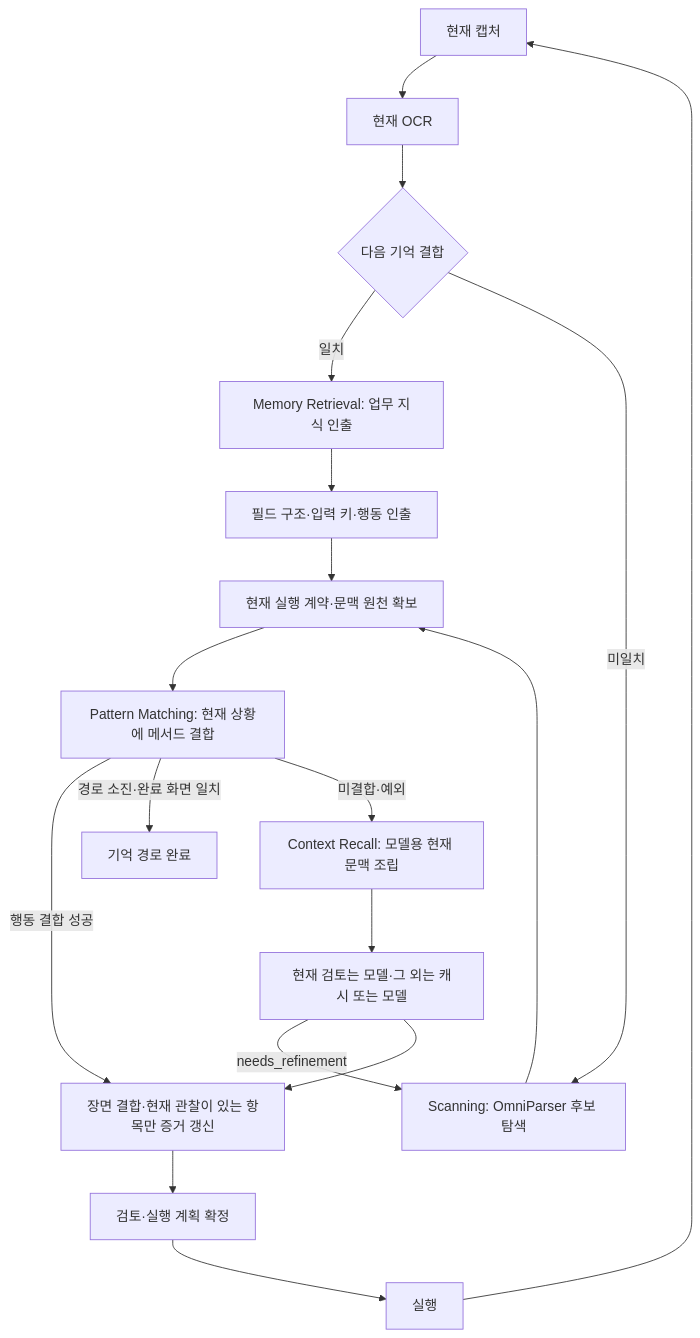
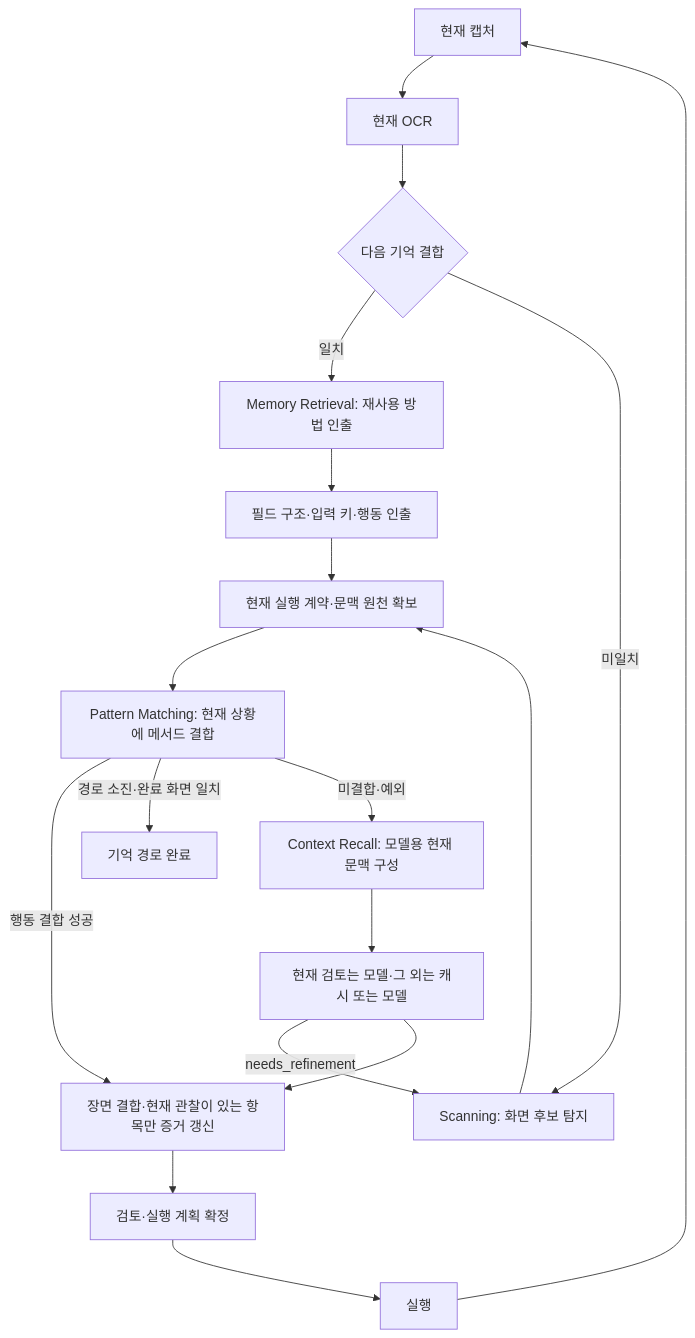
One commit to Dreamtreeme/agent-sawon changed the diagram in docs/runtime-terminology.md. Above: the diagram before and after it, drawn with Mermaid. The commit also changed other lines of this file and 45 other files, not shown here.

````diff
--- a/docs/runtime-terminology.md
+++ b/docs/runtime-terminology.md
@@ -27,21 +63,21 @@
 ```mermaid
 flowchart TD
     CAP[현재 캡처] --> TEXT[현재 OCR]
     TEXT --> SIM{다음 기억 결합}
-    SIM -->|일치| MEM[Memory Retrieval: 업무 지식 인출]
-    SIM -->|미일치| SCAN[Scanning: OmniParser 후보 탐색]
+    SIM -->|일치| MEM[Memory Retrieval: 재사용 방법 인출]
+    SIM -->|미일치| SCAN[Scanning: 화면 후보 탐지]
     MEM --> STRUCTURE[필드 구조·입력 키·행동 인출]
     STRUCTURE --> STATE[현재 실행 계약·문맥 원천 확보]
     SCAN --> STATE
     STATE --> PAT[Pattern Matching: 현재 상황에 메서드 결합]
     PAT -->|행동 결합 성공| BIND
     PAT -->|경로 소진·완료 화면 일치| FINISH[기억 경로 완료]
     PAT -->|미결합·예외| CTX
-    CTX[Context Recall: 모델용 현재 문맥 조립]
+    CTX[Context Recall: 모델용 현재 문맥 구성]
     CTX --> DEC[현재 검토는 모델·그 외는 캐시 또는 모델]
     DEC -->|needs_refinement| SCAN
     DEC --> BIND[장면 결합·현재 관찰이 있는 항목만 증거 갱신]
     BIND --> REVIEW[검토·실행 계획 확정]
     REVIEW --> ACT[실행]
     ACT --> CAP
 ```
````
